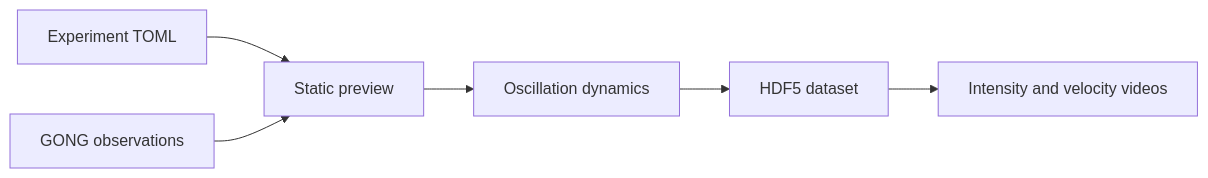
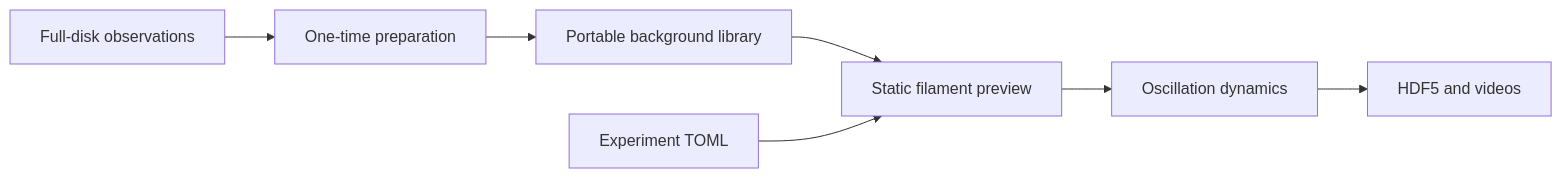
Before and after one commit to GuillemCastello/FILOS: the diagram in README.md, drawn with Mermaid. The commit also changed other lines of this file and 43 other files, not shown here.

````diff
--- a/README.md
+++ b/README.md
@@ -74,8 +130,9 @@
 ```mermaid
 flowchart LR
-    A[Experiment TOML] --> C[Static preview]
-    B[GONG observations] --> C
-    C --> D[Oscillation dynamics]
-    D --> E[HDF5 dataset]
-    E --> F[Intensity and velocity videos]
+    A[Full-disk observations] --> B[One-time preparation]
+    B --> C[Portable background library]
+    C --> D[Static filament preview]
+    E[Experiment TOML] --> D
+    D --> F[Oscillation dynamics]
+    F --> G[HDF5 and videos]
 ```
````
